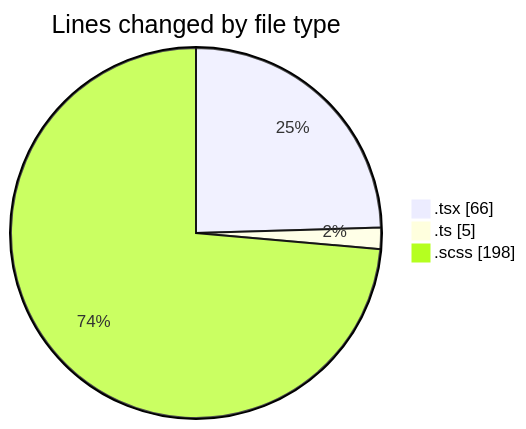
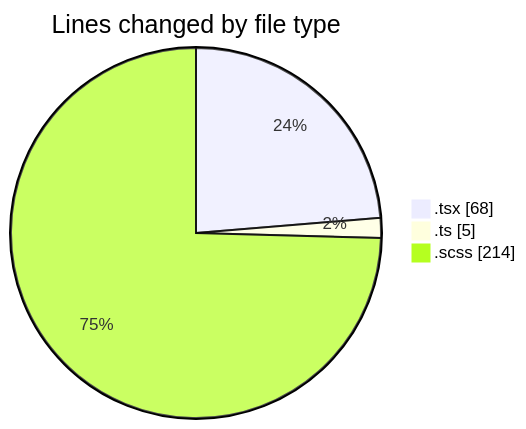
Before and after one commit to momahboobian/code-tracking: the first of 2 diagrams in 2025-02-28/cda/README.md, drawn with Mermaid. The commit also changed other lines of this file and 1 other file, not shown here.

````diff
--- a/2025-02-28/cda/README.md
+++ b/2025-02-28/cda/README.md
@@ -24,7 +24,7 @@
 ```mermaid
 pie showData
 title Lines changed by file type
-".tsx" : 66
+".tsx" : 68
 ".ts" : 5
-".scss" : 198
+".scss" : 214
 ```
````
